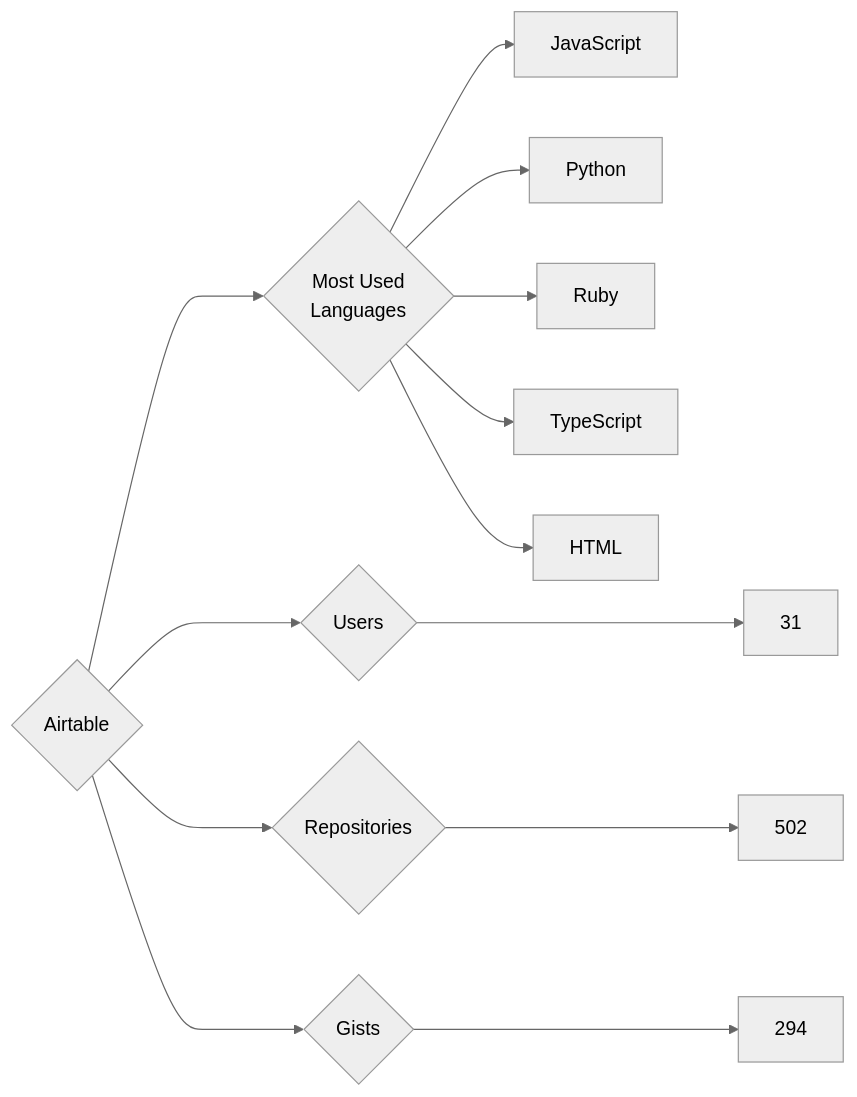
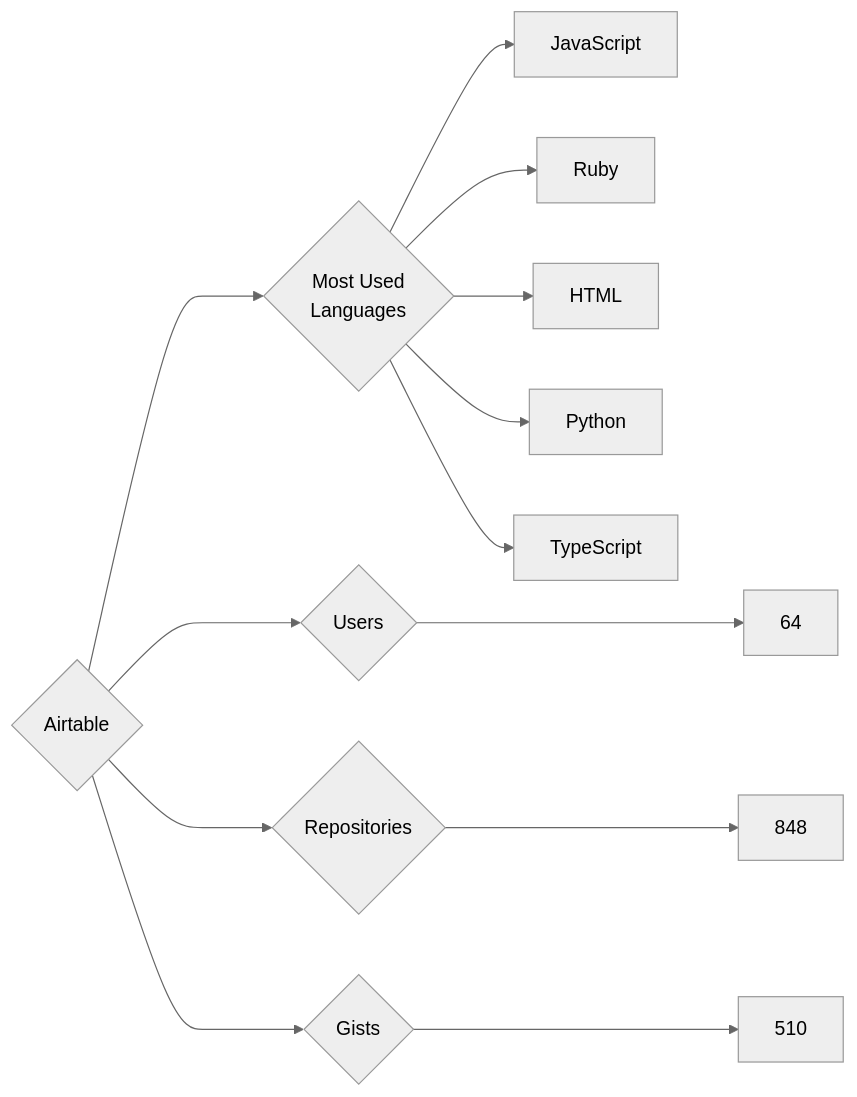
One commit to trickest/insiders changed the diagram in targets/Airtable/README.md. Above: the diagram before and after it, drawn with Mermaid (neutral theme). The commit also changed 1084 other files, not shown here.

````diff
--- a/targets/Airtable/README.md
+++ b/targets/Airtable/README.md
@@ -3,13 +3,13 @@
 ```mermaid
 graph LR
 COMPANY_NAME{Airtable}
-COMPANY_NAME ---> U{Users} ---> UN[31]
-COMPANY_NAME ---> R{Repositories} ---> RN[502]
-COMPANY_NAME ---> G{Gists} ---> GN[294]
+COMPANY_NAME ---> U{Users} ---> UN[64]
+COMPANY_NAME ---> R{Repositories} ---> RN[848]
+COMPANY_NAME ---> G{Gists} ---> GN[510]
 COMPANY_NAME ---> ML{Most Used<br>Languages}
 ML --> JavaScript[JavaScript]
+ML --> Ruby[Ruby]
+ML --> HTML[HTML]
 ML --> Python[Python]
-ML --> Ruby[Ruby]
 ML --> TypeScript[TypeScript]
-ML --> HTML[HTML]
 ```
````
